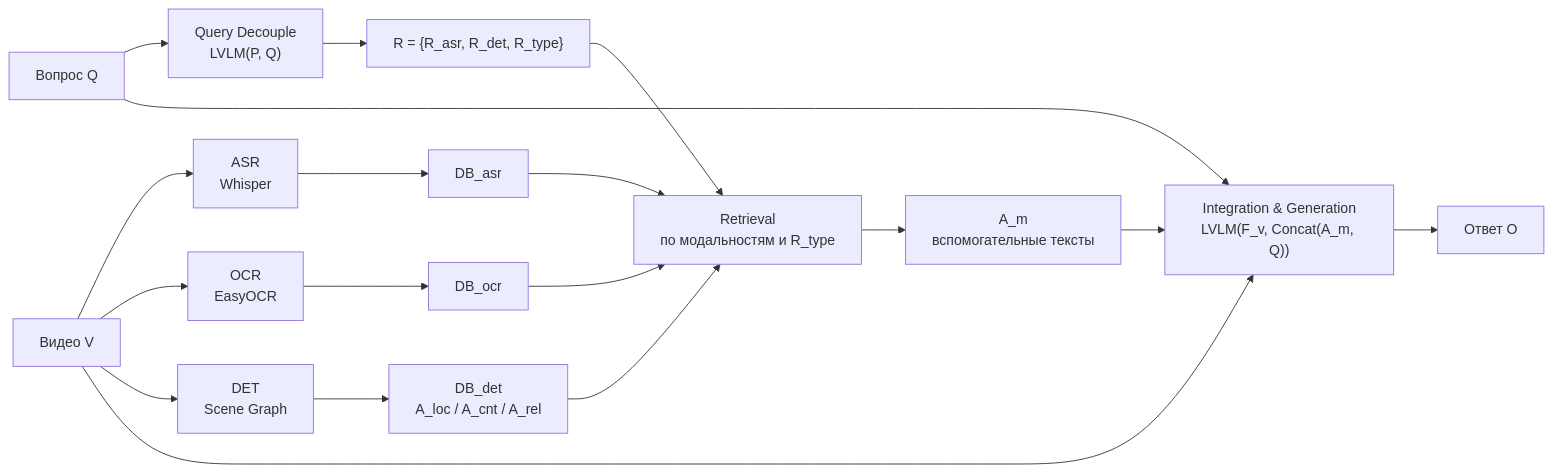
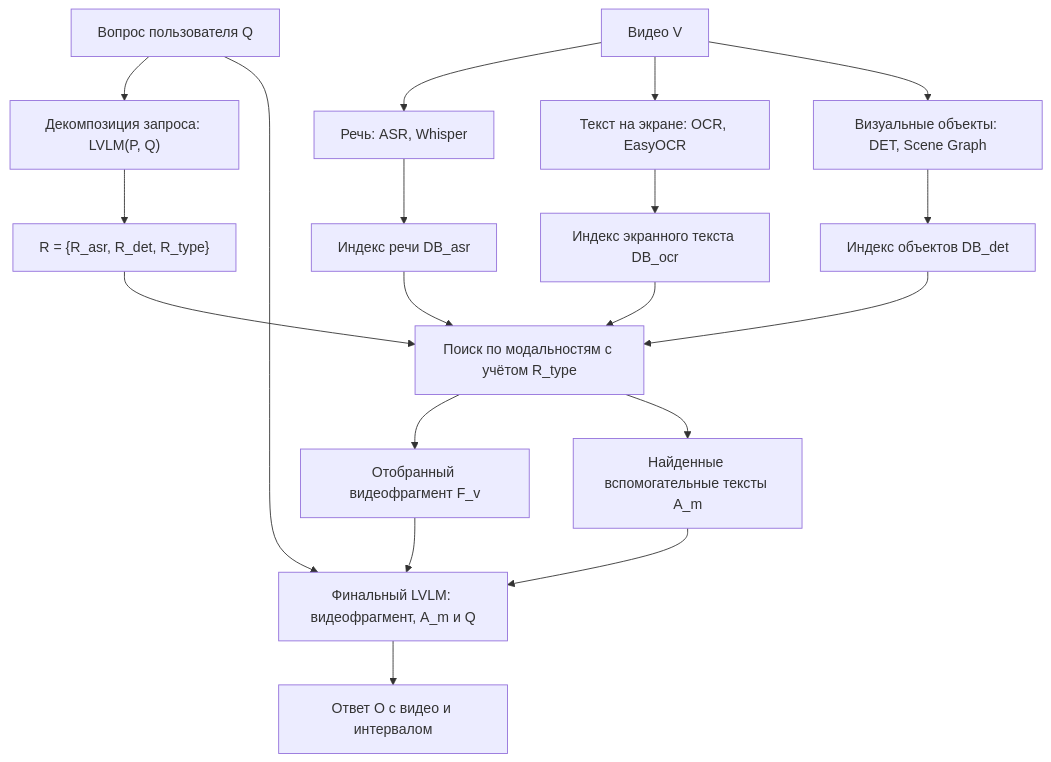
The diagram in README.md (maxlyara1/video-rag-research), drawn with Mermaid before and after one commit.

Commit message:
Improve pipeline diagram readability

````diff
--- a/README.md
+++ b/README.md
@@ -20,24 +20,25 @@
 ```mermaid
-flowchart LR
-    Q["Вопрос Q"] --> D["Query Decouple<br/>LVLM(P, Q)"]
+flowchart TD
+    Q["Вопрос пользователя Q"] --> D["Декомпозиция запроса: LVLM(P, Q)"]
     D --> R["R = {R_asr, R_det, R_type}"]
+    R --> RET["Поиск по модальностям с учётом R_type"]
 
-    V["Видео V"] --> ASR["ASR<br/>Whisper"]
-    V --> OCR["OCR<br/>EasyOCR"]
-    V --> DET["DET<br/>Scene Graph"]
+    V["Видео V"] --> ASR["Речь: ASR, Whisper"]
+    V --> OCR["Текст на экране: OCR, EasyOCR"]
+    V --> DET["Визуальные объекты: DET, Scene Graph"]
 
-    ASR --> ASRDB["DB_asr"]
-    OCR --> OCRDB["DB_ocr"]
-    DET --> DETDB["DB_det<br/>A_loc / A_cnt / A_rel"]
+    ASR --> ASRDB["Индекс речи DB_asr"]
+    OCR --> OCRDB["Индекс экранного текста DB_ocr"]
+    DET --> DETDB["Индекс объектов DB_det"]
 
-    R --> RET["Retrieval<br/>по модальностям и R_type"]
     ASRDB --> RET
     OCRDB --> RET
     DETDB --> RET
 
-    RET --> AM["A_m<br/>вспомогательные тексты"]
-    AM --> GEN["Integration & Generation<br/>LVLM(F_v, Concat(A_m, Q))"]
-    V --> GEN
+    RET --> FV["Отобранный видеофрагмент F_v"]
+    RET --> AM["Найденные вспомогательные тексты A_m"]
+    AM --> GEN["Финальный LVLM: видеофрагмент, A_m и Q"]
+    FV --> GEN
     Q --> GEN
-    GEN --> O["Ответ O"]
+    GEN --> O["Ответ O с видео и интервалом"]
 ```
````
